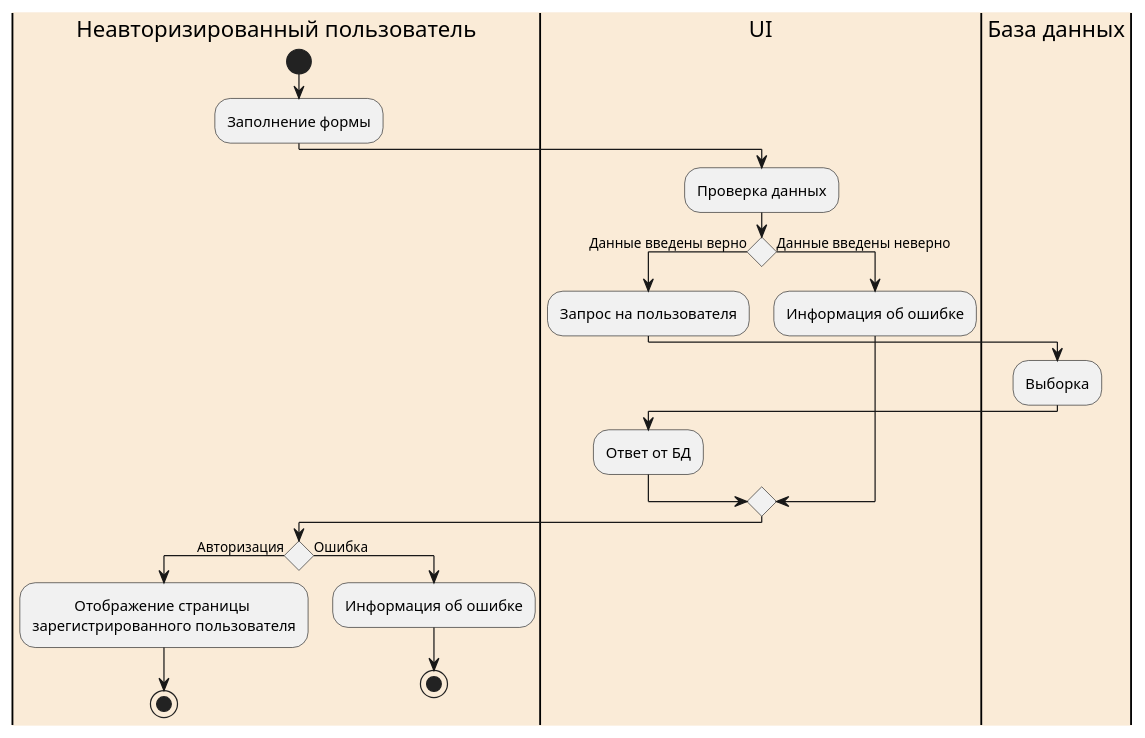
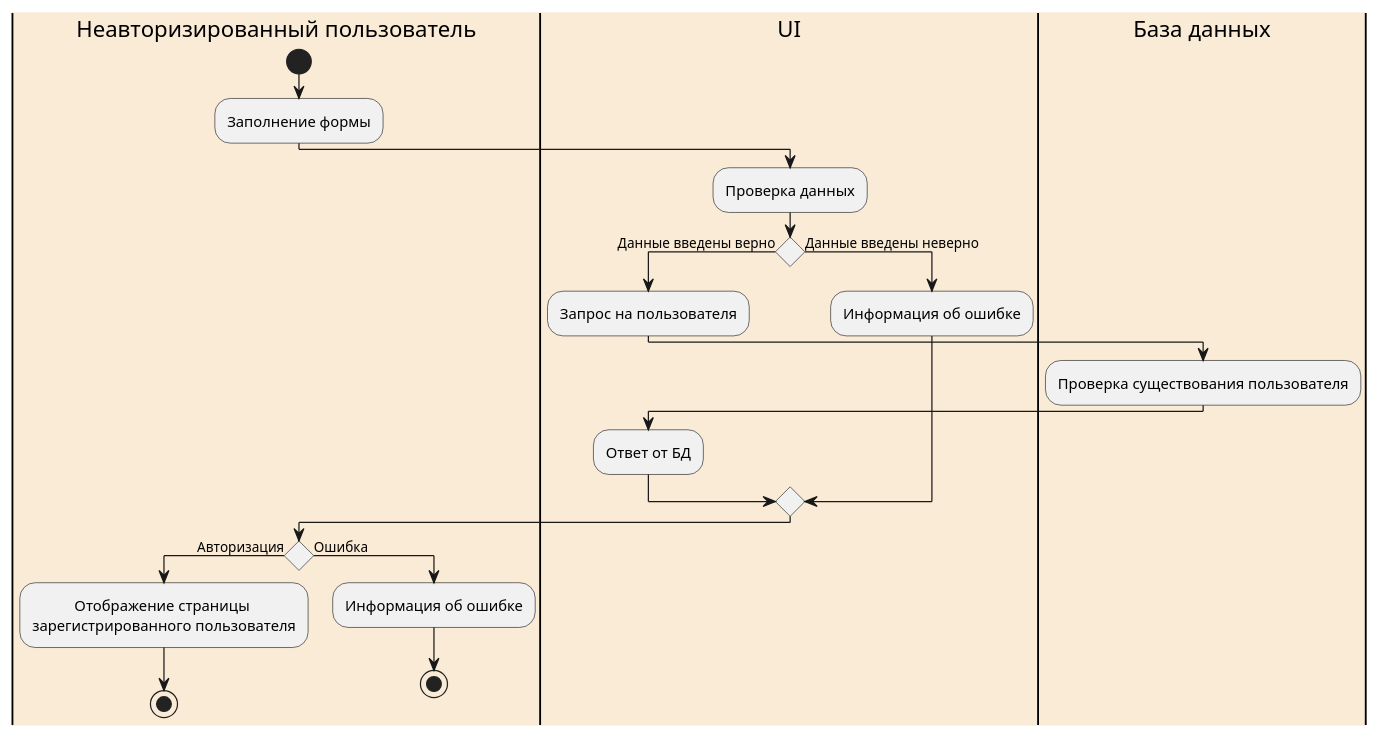
Before and after one commit to xlebec27/RGARMusic: the diagram in docs/diagrams/ActivityAuthorization.puml, drawn with PlantUML.

Commit message:
Final ActivityAuthorization

```diff
--- a/docs/diagrams/ActivityAuthorization.puml
+++ b/docs/diagrams/ActivityAuthorization.puml
@@ -1,25 +1,25 @@
 @startuml
 
 |#AntiqueWhite|Неавторизированный пользователь|
 start
 :Заполнение формы;
 |#AntiqueWhite|UI|
 :Проверка данных;
 if() then (Данные введены верно)
 :Запрос на пользователя;
 |#AntiqueWhite|База данных|
-:Выборка;
+:Проверка существования пользователя;
 |#AntiqueWhite|UI|
 :Ответ от БД;
 else (Данные введены неверно)
 :Информация об ошибке;
 endif
 |#AntiqueWhite|Неавторизированный пользователь|
 if() then (Авторизация)
 :           Отображение страницы
 зарегистрированного пользователя;
 stop
 else(Ошибка)
 :Информация об ошибке;
 stop
 @enduml
```
